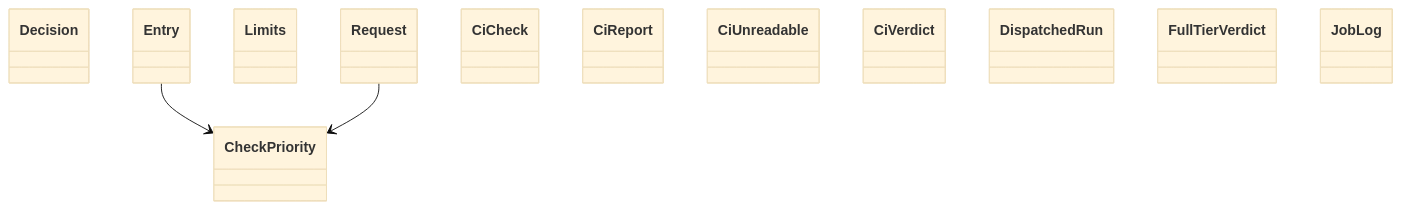
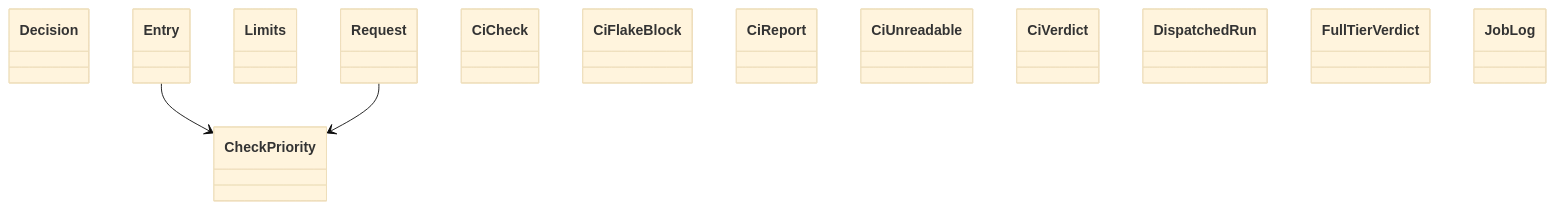
Before and after one commit to GonzaloZevallos/agentic-system: the diagram in docs/architecture/generated/classes-process-domain-checks-1.md, drawn with Mermaid (base theme). The commit also changed 5 other files, not shown here.

First line of the commit message:
Regenerate the architecture pages for the new flake domain types

````diff
--- a/docs/architecture/generated/classes-process-domain-checks-1.md
+++ b/docs/architecture/generated/classes-process-domain-checks-1.md
@@ -21,17 +21,18 @@
 ```mermaid
 classDiagram
     class check_schedule__CheckPriority["CheckPriority"]
     class check_schedule__Decision["Decision"]
     class check_schedule__Entry["Entry"]
     class check_schedule__Limits["Limits"]
     class check_schedule__Request["Request"]
     class ci__CiCheck["CiCheck"]
+    class ci__CiFlakeBlock["CiFlakeBlock"]
     class ci__CiReport["CiReport"]
     class ci__CiUnreadable["CiUnreadable"]
     class ci__CiVerdict["CiVerdict"]
     class ci__DispatchedRun["DispatchedRun"]
     class ci__FullTierVerdict["FullTierVerdict"]
     class ci__JobLog["JobLog"]
     check_schedule__Entry --> check_schedule__CheckPriority
     check_schedule__Request --> check_schedule__CheckPriority
 ```
````
